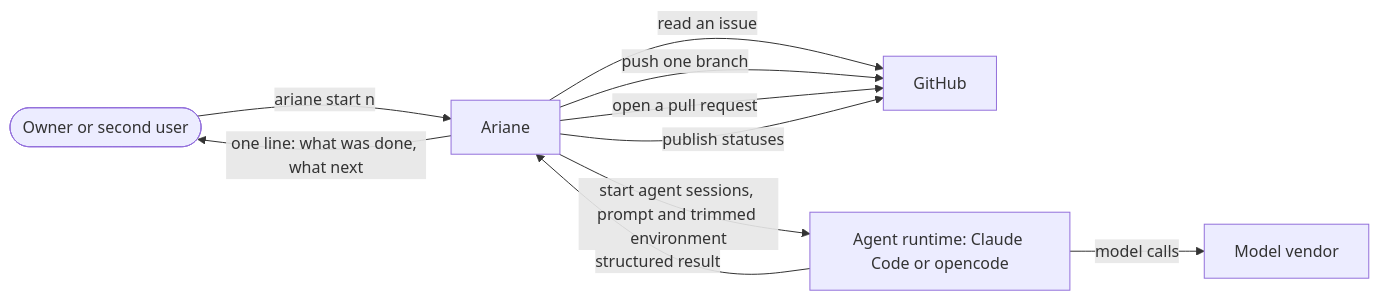
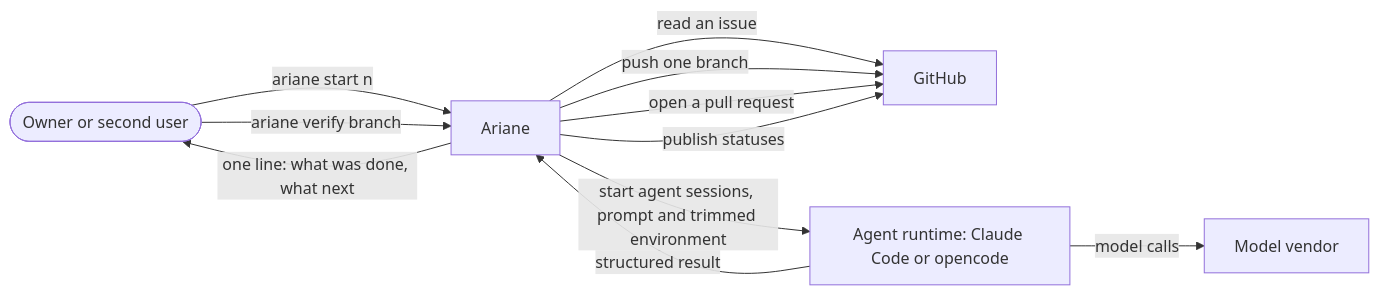
Before and after one commit to plaplanche/ariane: the diagram in docs/architecture/1-context.md, drawn with Mermaid. The commit also changed other lines of this file and 25 other files, not shown here.

````diff
--- a/docs/architecture/1-context.md
+++ b/docs/architecture/1-context.md
@@ -5,17 +5,18 @@
 ```mermaid
 flowchart LR
   user([Owner or second user])
   ariane[Ariane]
   github[GitHub]
   runtime[Agent runtime: Claude Code or opencode]
   vendor[Model vendor]
   user -->|ariane start n| ariane
+  user -->|ariane verify branch| ariane
   ariane -->|one line: what was done, what next| user
   ariane -->|read an issue| github
   ariane -->|push one branch| github
   ariane -->|open a pull request| github
   ariane -->|publish statuses| github
   ariane -->|start agent sessions, prompt and trimmed environment| runtime
   runtime -->|structured result| ariane
   runtime -->|model calls| vendor
 ```
````
